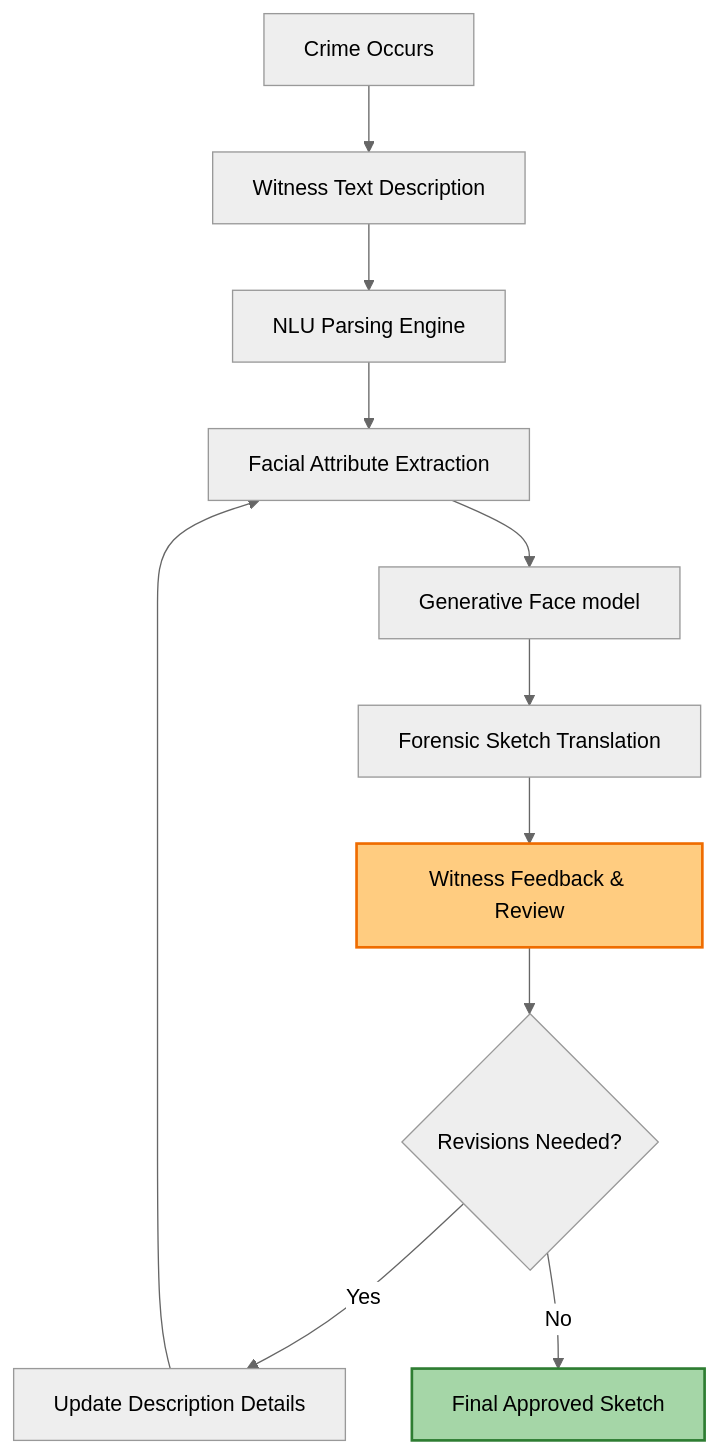
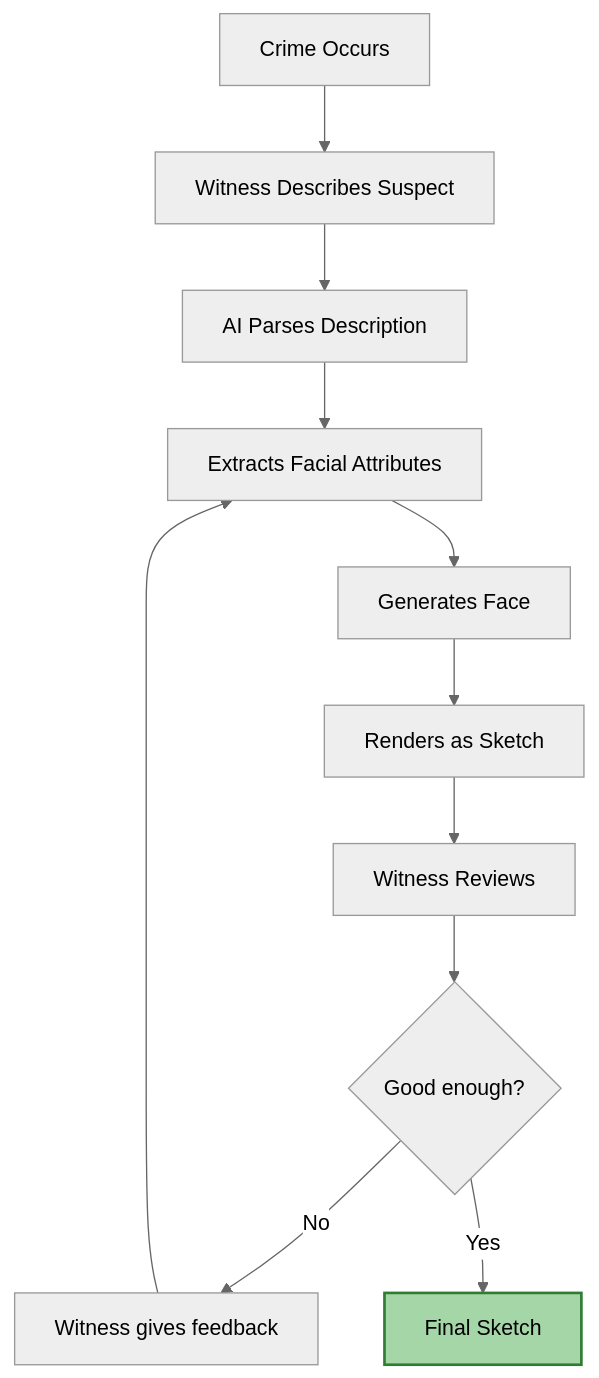
The first of 3 diagrams in README.md (Tusharkanta407/forensic-sketch-research), drawn with Mermaid (neutral theme) before and after one commit. The commit also changed other lines of this file, not shown here.

````diff
--- a/README.md
+++ b/README.md
@@ -28,17 +37,15 @@
 ```mermaid
 graph TD
-    %% Workflow Diagram
-    A[Crime Occurs] --> B[Witness Text Description]
-    B --> C[NLU Parsing Engine]
-    C --> D[Facial Attribute Extraction]
-    D --> E[Generative Face model]
-    E --> F[Forensic Sketch Translation]
-    F --> G[Witness Feedback & Review]
-    G --> H{Revisions Needed?}
-    H -- Yes --> I[Update Description Details]
+    A[Crime Occurs] --> B[Witness Describes Suspect]
+    B --> C[AI Parses Description]
+    C --> D[Extracts Facial Attributes]
+    D --> E[Generates Face]
+    E --> F[Renders as Sketch]
+    F --> G[Witness Reviews]
+    G --> H{Good enough?}
+    H -- No --> I[Witness gives feedback]
     I --> D
-    H -- No --> J[Final Approved Sketch]
+    H -- Yes --> J[Final Sketch]
 
     style J fill:#a5d6a7,stroke:#2e7d32,stroke-width:2px
-    style G fill:#ffcc80,stroke:#ef6c00,stroke-width:2px
 ```
````
